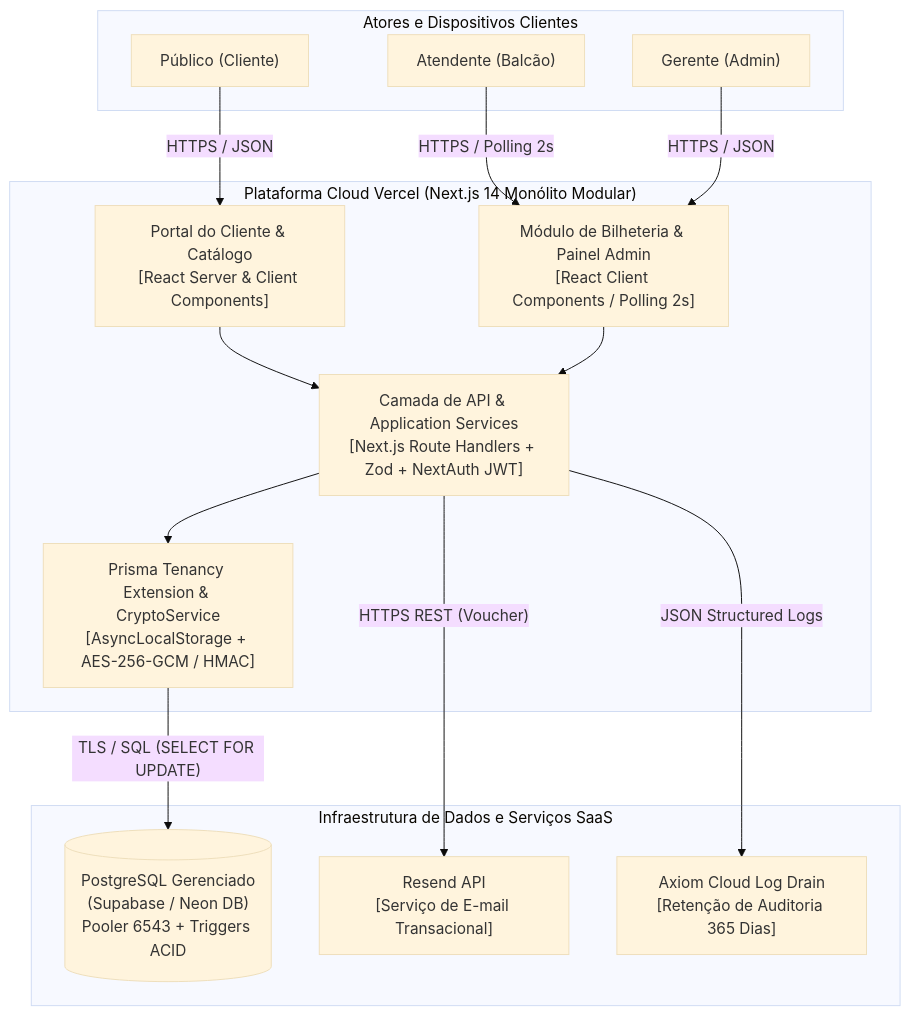
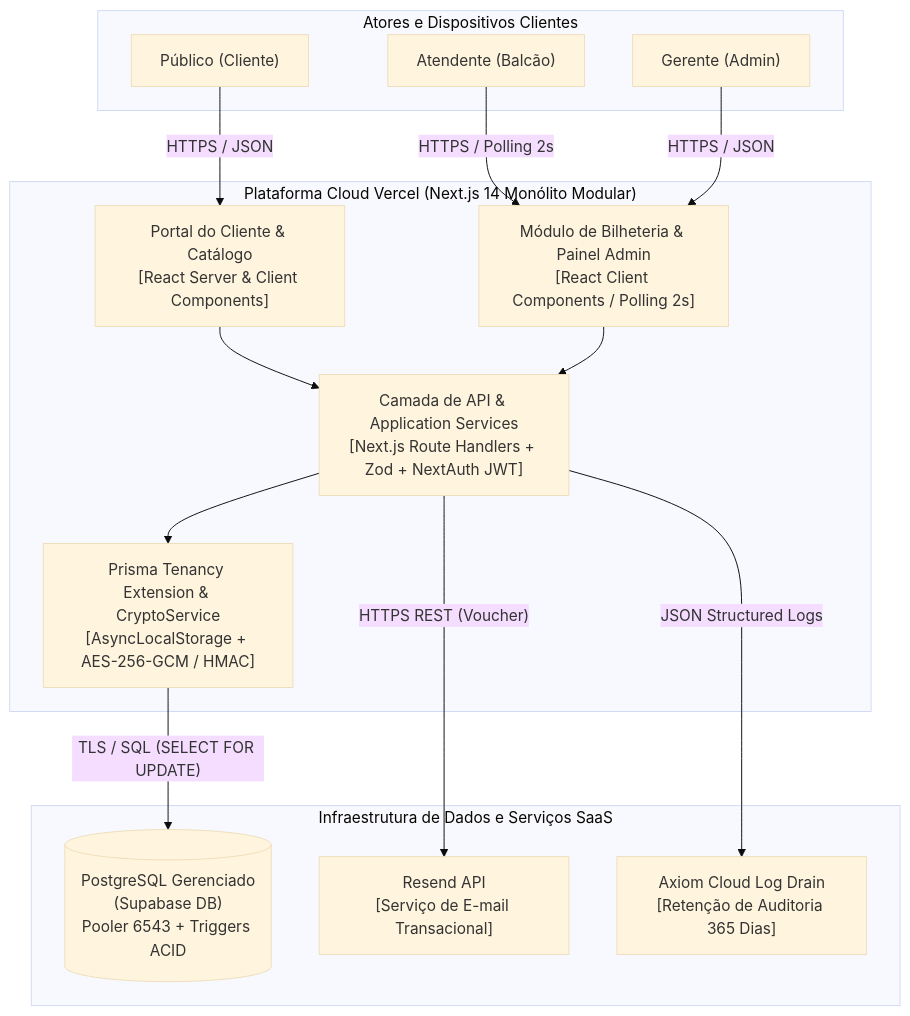
One commit to CINESOFT-SOLUTIONS/manual-processos-software changed the first of 6 diagrams in manual/capitulos/05-processos-tecnicos.md. Above: the diagram before and after it, drawn with Mermaid (base theme). The commit also changed other lines of this file and 19 other files, not shown here.

````diff
--- a/manual/capitulos/05-processos-tecnicos.md
+++ b/manual/capitulos/05-processos-tecnicos.md
@@ -228,32 +228,32 @@
 ```mermaid
 flowchart TB
     subgraph Usuarios["Atores e Dispositivos Clientes"]
         Esp["Público (Cliente)"]
         Atd["Atendente (Balcão)"]
         Ger["Gerente (Admin)"]
     end
 
     subgraph Vercel["Plataforma Cloud Vercel (Next.js 14 Monólito Modular)"]
         UI_Portal["Portal do Cliente & Catálogo\n[React Server & Client Components]"]
         UI_Bilh["Módulo de Bilheteria & Painel Admin\n[React Client Components / Polling 2s]"]
         API["Camada de API & Application Services\n[Next.js Route Handlers + Zod + NextAuth JWT]"]
         Tenancy["Prisma Tenancy Extension & CryptoService\n[AsyncLocalStorage + AES-256-GCM / HMAC]"]
     end
 
     subgraph Externos["Infraestrutura de Dados e Serviços SaaS"]
-        DB[("PostgreSQL Gerenciado\n(Supabase / Neon DB)\nPooler 6543 + Triggers ACID")]
+        DB[("PostgreSQL Gerenciado\n(Supabase DB)\nPooler 6543 + Triggers ACID")]
         Resend["Resend API\n[Serviço de E-mail Transacional]"]
         Axiom["Axiom Cloud Log Drain\n[Retenção de Auditoria 365 Dias]"]
     end
 
     Esp -->|"HTTPS / JSON"| UI_Portal
     Atd -->|"HTTPS / Polling 2s"| UI_Bilh
     Ger -->|"HTTPS / JSON"| UI_Bilh
 
     UI_Portal --> API
     UI_Bilh --> API
     API --> Tenancy
     Tenancy -->|"TLS / SQL (SELECT FOR UPDATE)"| DB
     API -->|"HTTPS REST (Voucher)"| Resend
     API -->|"JSON Structured Logs"| Axiom
 ```
````
